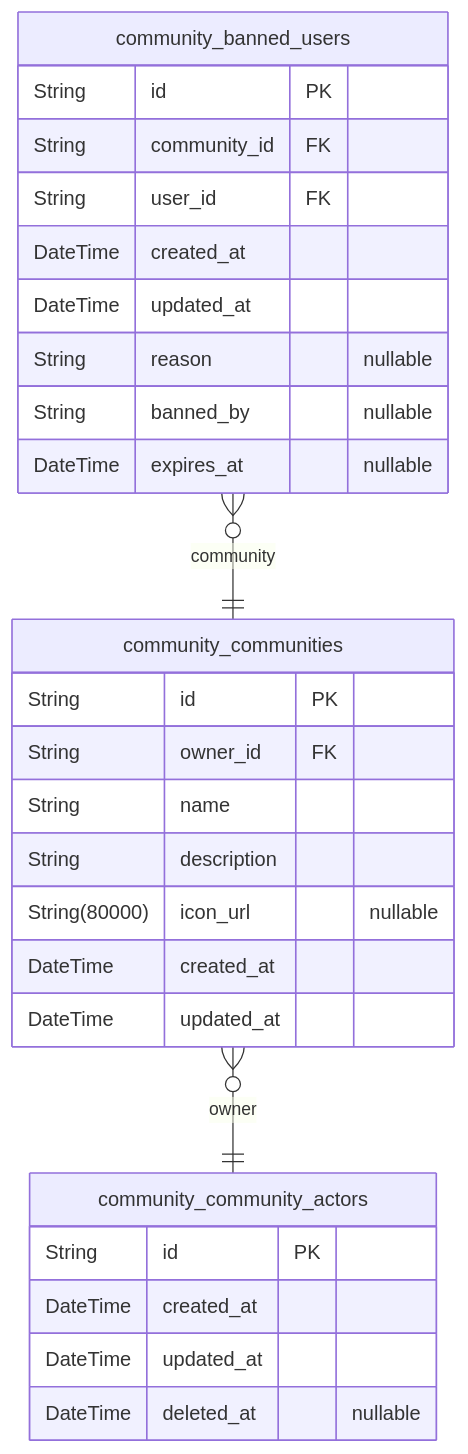
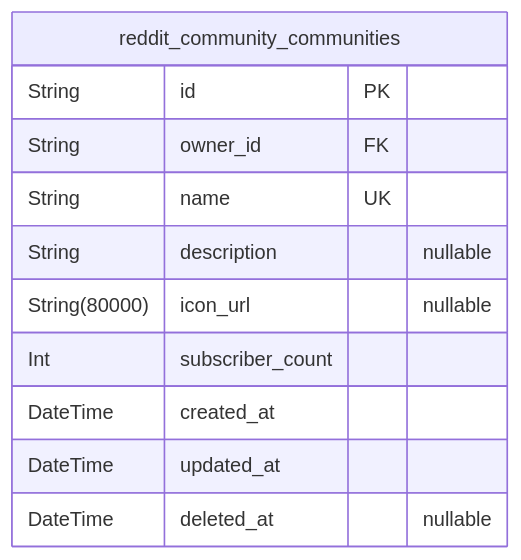
Before and after one commit to wrtnlabs/autobe-examples: the third of 7 diagrams in qwen/qwen3-next-80b-a3b-instruct/reddit/docs/ERD.md, drawn with Mermaid. The commit also changed other lines of this file and 3171 other files, not shown here.

````diff
--- a/qwen/qwen3-next-80b-a3b-instruct/reddit/docs/ERD.md
+++ b/qwen/qwen3-next-80b-a3b-instruct/reddit/docs/ERD.md
@@ -1096,30 +975,14 @@
 ```mermaid
 erDiagram
-"community_communities" {
+"reddit_community_communities" {
   String id PK
   String owner_id FK
-  String name
-  String description
+  String name UK
+  String description "nullable"
   String(80000) icon_url "nullable"
-  DateTime created_at
-  DateTime updated_at
-}
-"community_banned_users" {
-  String id PK
-  String community_id FK
-  String user_id FK
-  DateTime created_at
-  DateTime updated_at
-  String reason "nullable"
-  String banned_by "nullable"
-  DateTime expires_at "nullable"
-}
-"community_community_actors" {
-  String id PK
+  Int subscriber_count
   DateTime created_at
   DateTime updated_at
   DateTime deleted_at "nullable"
 }
-"community_communities" }o--|| "community_community_actors" : owner
-"community_banned_users" }o--|| "community_communities" : community
 ```
````
